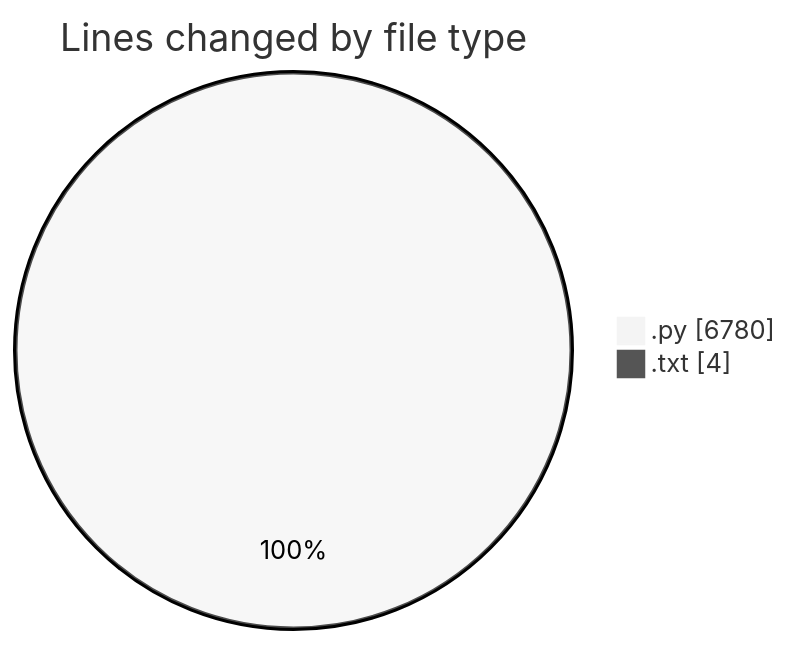
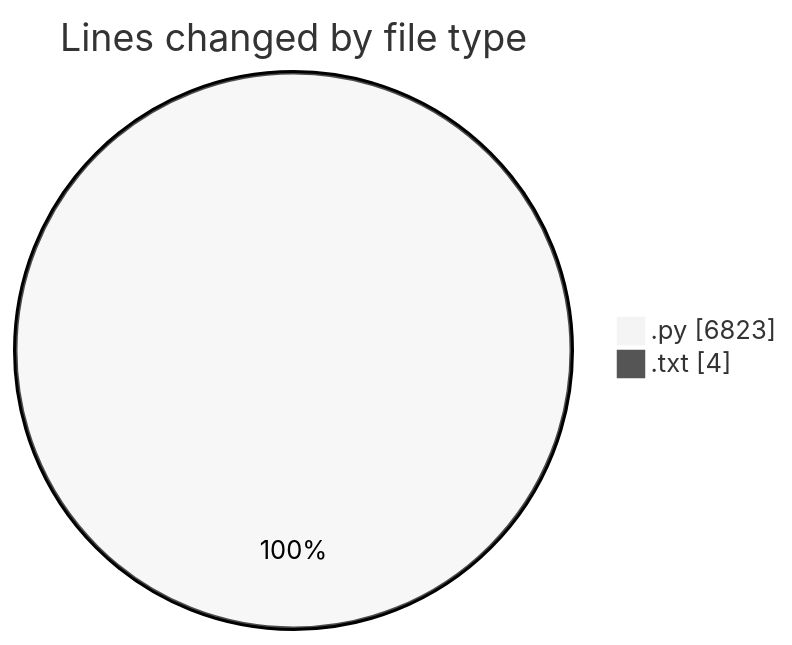
Before and after one commit to CELIANVF/code-tracking: the first of 2 diagrams in 2025-06-01/video_app/README.md, drawn with Mermaid (neutral theme). The commit also changed other lines of this file and 1 other file, not shown here.

````diff
--- a/2025-06-01/video_app/README.md
+++ b/2025-06-01/video_app/README.md
@@ -29,6 +29,6 @@
 ```mermaid
 pie showData
 title Lines changed by file type
-".py" : 6780
+".py" : 6823
 ".txt" : 4
 ```
````
